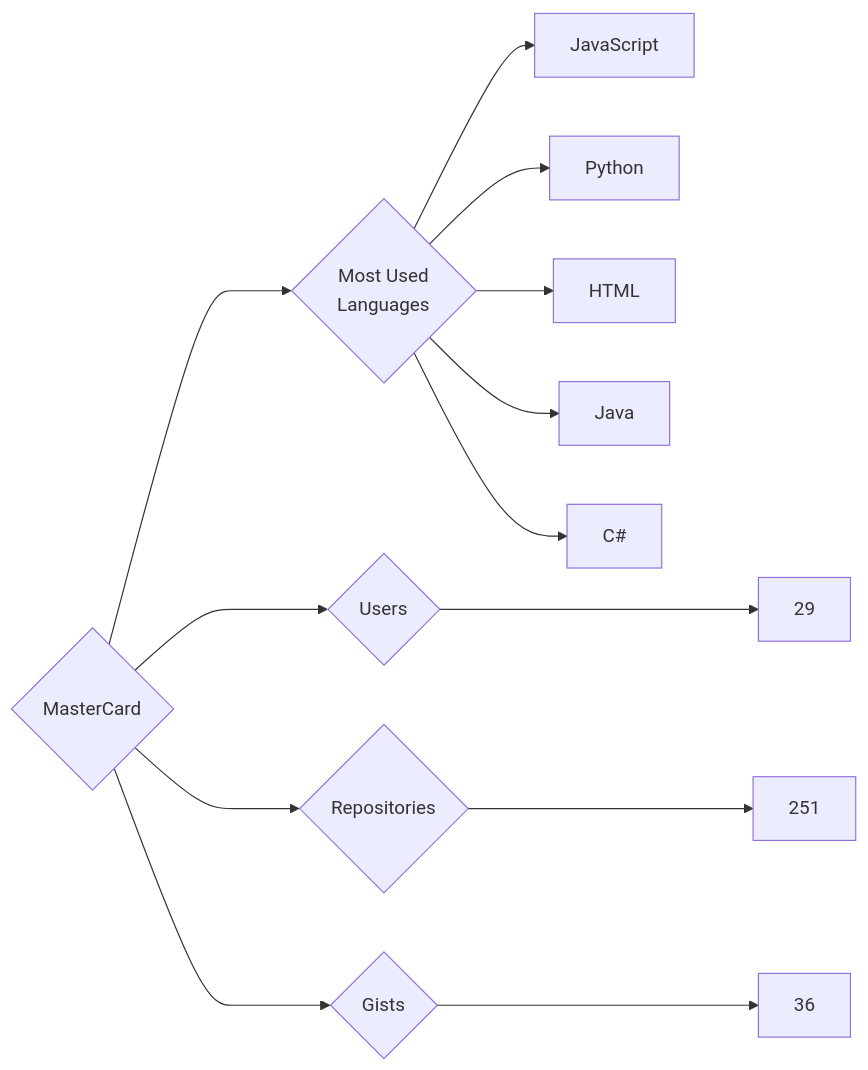
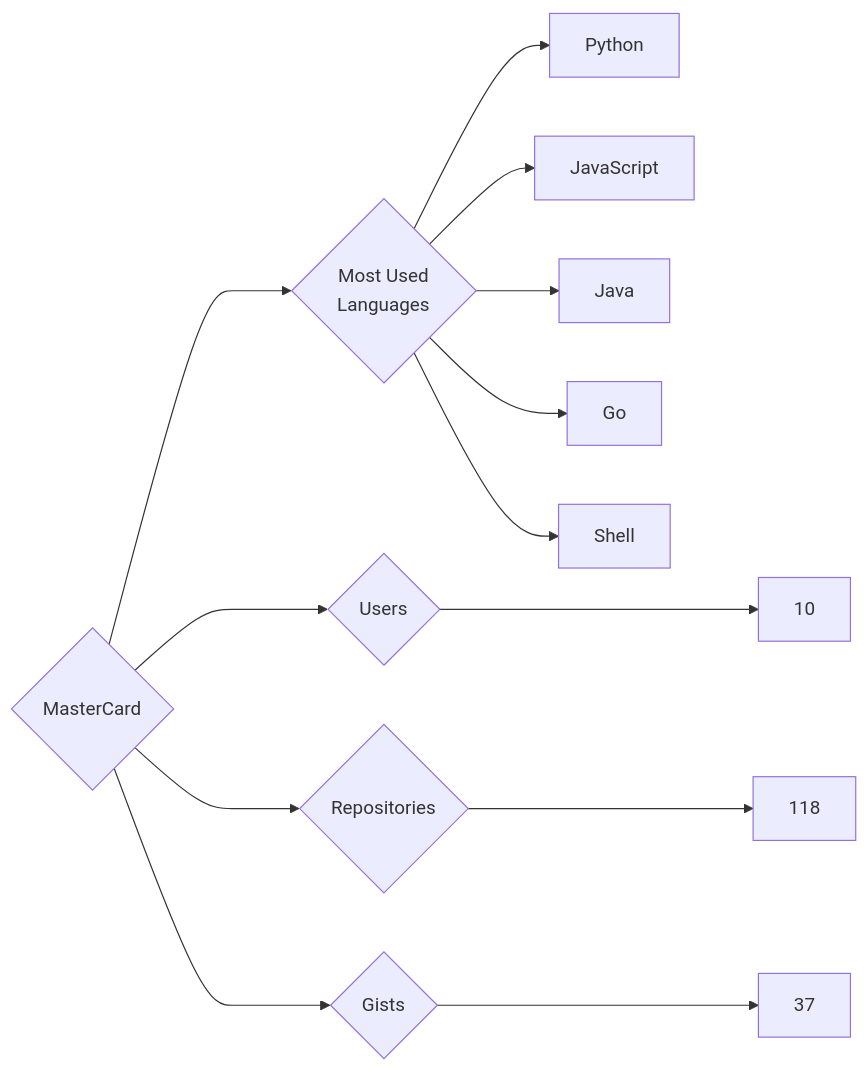
Before and after one commit to trickest/insiders: the diagram in targets/MasterCard/README.md, drawn with Mermaid. The commit also changed 833 other files, not shown here.

````diff
--- a/targets/MasterCard/README.md
+++ b/targets/MasterCard/README.md
@@ -3,13 +3,13 @@
 ```mermaid
 graph LR
 COMPANY_NAME{MasterCard}
-COMPANY_NAME ---> U{Users} ---> UN[29]
-COMPANY_NAME ---> R{Repositories} ---> RN[251]
-COMPANY_NAME ---> G{Gists} ---> GN[36]
+COMPANY_NAME ---> U{Users} ---> UN[10]
+COMPANY_NAME ---> R{Repositories} ---> RN[118]
+COMPANY_NAME ---> G{Gists} ---> GN[37]
 COMPANY_NAME ---> ML{Most Used<br>Languages}
+ML --> Python[Python]
 ML --> JavaScript[JavaScript]
-ML --> Python[Python]
-ML --> HTML[HTML]
 ML --> Java[Java]
-ML --> C#[C#]
+ML --> Go[Go]
+ML --> Shell[Shell]
 ```
````
